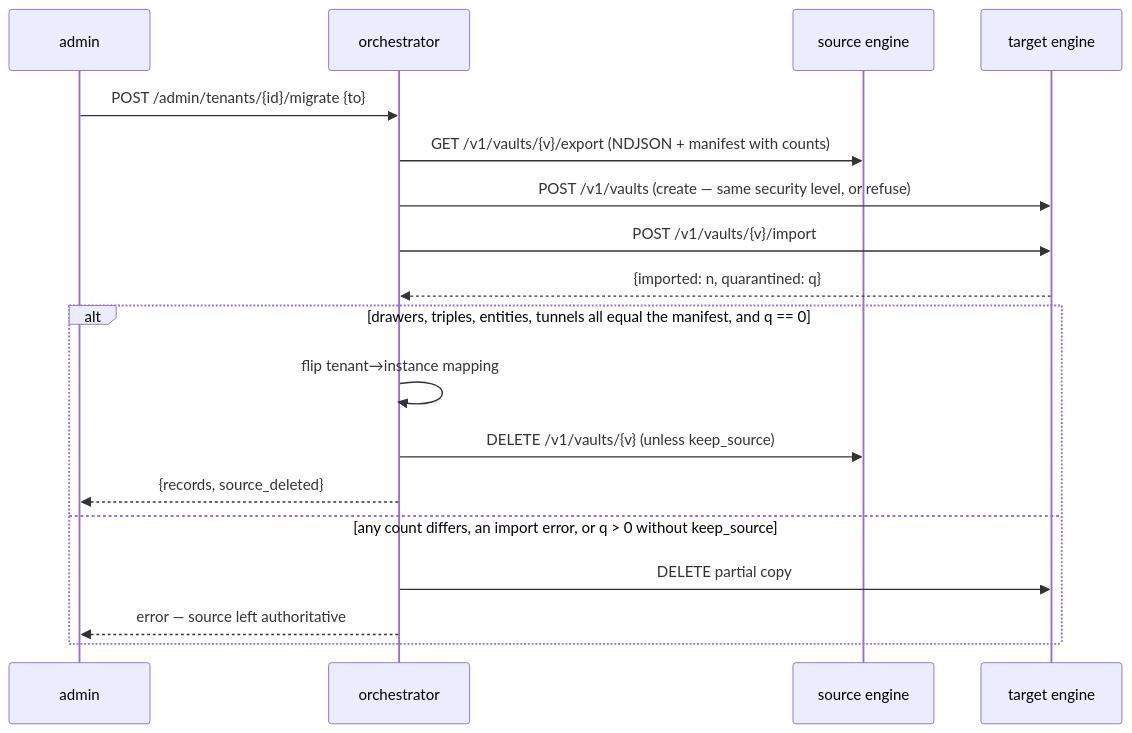
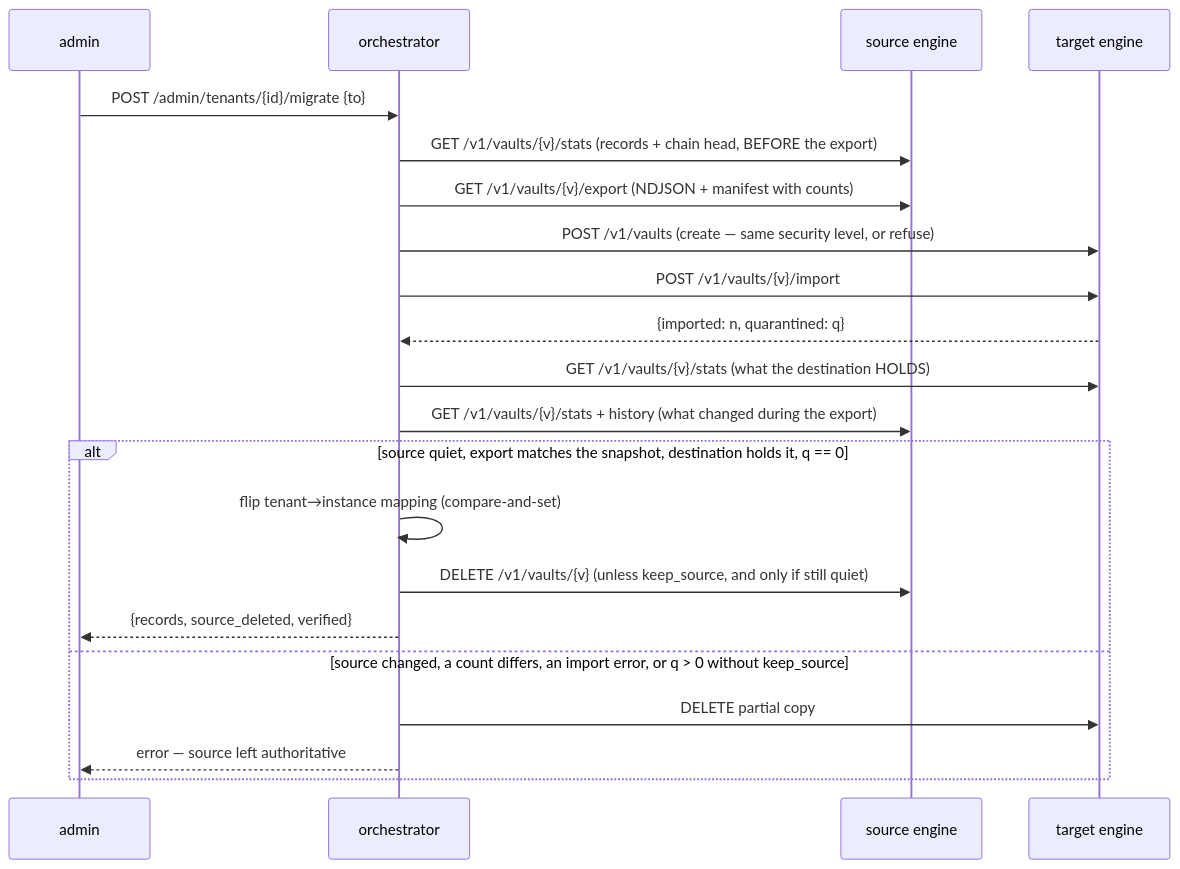
The third of 3 diagrams in docs/MULTI_TENANCY.md (sealcroft/undercroft), drawn with Mermaid before and after one commit. The commit also changed other lines of this file and 16 other files, not shown here.

````diff
--- a/docs/MULTI_TENANCY.md
+++ b/docs/MULTI_TENANCY.md
@@ -400,20 +400,23 @@
 ```mermaid
 sequenceDiagram
     participant A as admin
     participant O as orchestrator
     participant S as source engine
     participant D as target engine
     A->>O: POST /admin/tenants/{id}/migrate {to}
+    O->>S: GET /v1/vaults/{v}/stats (records + chain head, BEFORE the export)
     O->>S: GET /v1/vaults/{v}/export (NDJSON + manifest with counts)
     O->>D: POST /v1/vaults (create — same security level, or refuse)
     O->>D: POST /v1/vaults/{v}/import
     D-->>O: {imported: n, quarantined: q}
-    alt drawers, triples, entities, tunnels all equal the manifest, and q == 0
-        O->>O: flip tenant→instance mapping
-        O->>S: DELETE /v1/vaults/{v} (unless keep_source)
-        O-->>A: {records, source_deleted}
-    else any count differs, an import error, or q > 0 without keep_source
+    O->>D: GET /v1/vaults/{v}/stats (what the destination HOLDS)
+    O->>S: GET /v1/vaults/{v}/stats + history (what changed during the export)
+    alt source quiet, export matches the snapshot, destination holds it, q == 0
+        O->>O: flip tenant→instance mapping (compare-and-set)
+        O->>S: DELETE /v1/vaults/{v} (unless keep_source, and only if still quiet)
+        O-->>A: {records, source_deleted, verified}
+    else source changed, a count differs, an import error, or q > 0 without keep_source
         O->>D: DELETE partial copy
         O-->>A: error — source left authoritative
     end
 ```
````
